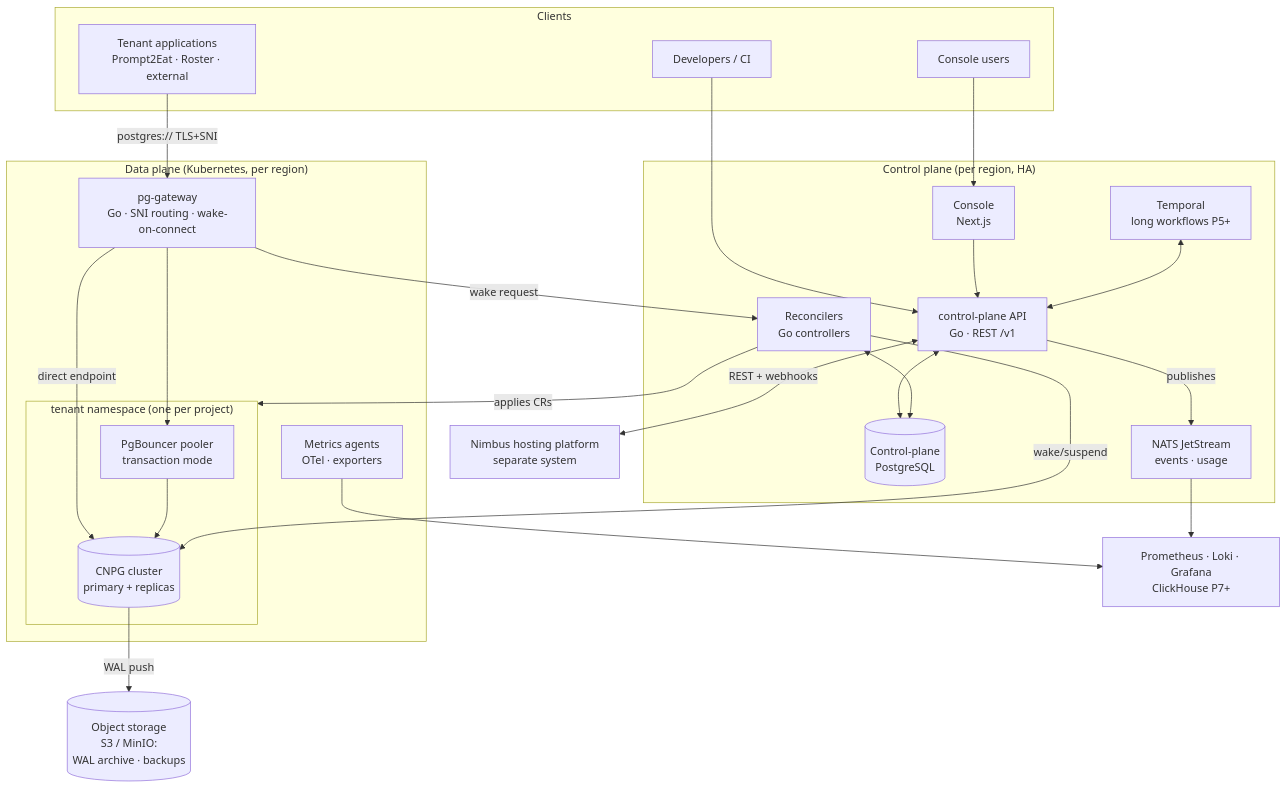
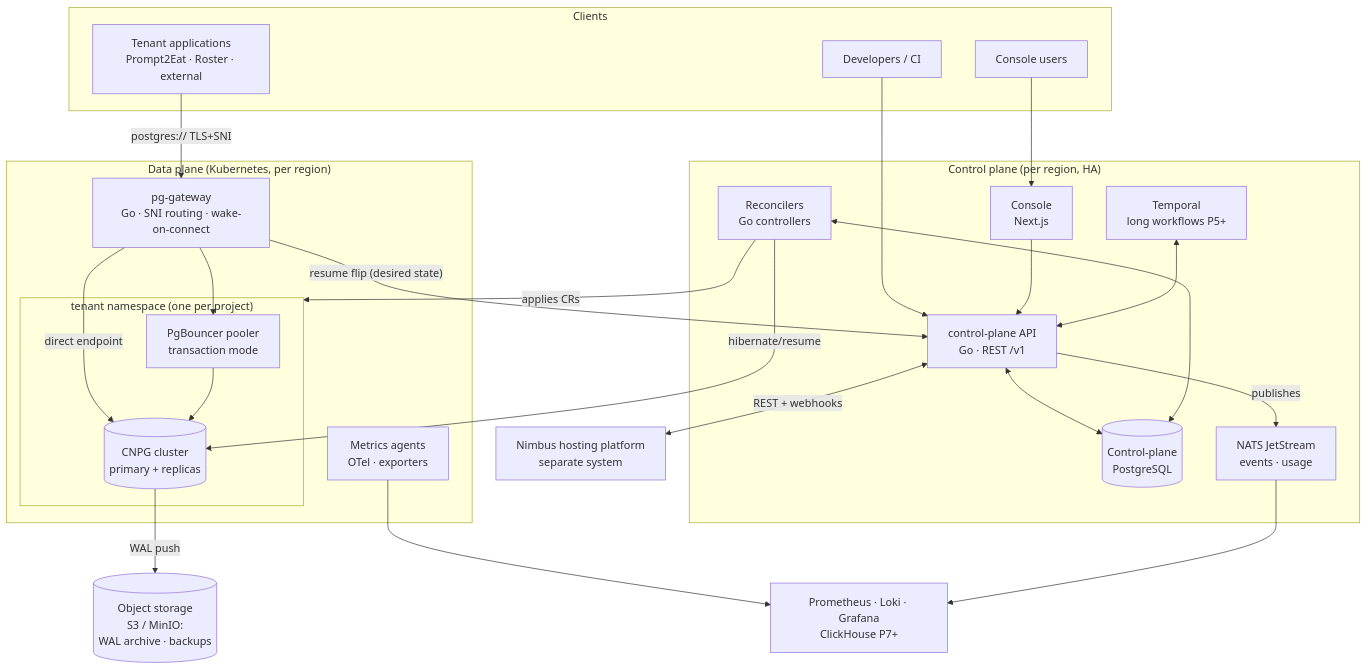
The diagram in docs/architecture/SYSTEM_ARCHITECTURE.md (zenulbashar/DB), drawn with Mermaid before and after one commit. The commit also changed other lines of this file and 24 other files, not shown here.

````diff
--- a/docs/architecture/SYSTEM_ARCHITECTURE.md
+++ b/docs/architecture/SYSTEM_ARCHITECTURE.md
@@ -26,48 +26,48 @@
 ```mermaid
 flowchart TB
     subgraph Clients
         APP[Tenant applications<br/>Prompt2Eat · Roster · external]
         DEV[Developers / CI]
         CONSOLE_USER[Console users]
     end
 
     subgraph ControlPlane["Control plane (per region, HA)"]
         API[control-plane API<br/>Go · REST /v1]
         REC[Reconcilers<br/>Go controllers]
         CPDB[(Control-plane<br/>PostgreSQL)]
         NATS[NATS JetStream<br/>events · usage]
         TEMP[Temporal<br/>long workflows P5+]
         CONSOLE[Console<br/>Next.js]
     end
 
     subgraph DataPlane["Data plane (Kubernetes, per region)"]
         GW[pg-gateway<br/>Go · SNI routing · wake-on-connect]
         subgraph TenantNS["tenant namespace (one per project)"]
             POOL[PgBouncer pooler<br/>transaction mode]
             PG[(CNPG cluster<br/>primary + replicas)]
         end
         OBS[Metrics agents<br/>OTel · exporters]
     end
 
     S3[(Object storage<br/>S3 / MinIO:<br/>WAL archive · backups)]
     MON[Prometheus · Loki · Grafana<br/>ClickHouse P7+]
     NIMBUS[Nimbus hosting platform<br/>separate system]
 
     APP -- "postgres:// TLS+SNI" --> GW
     GW --> POOL
     GW -- "direct endpoint" --> PG
     POOL --> PG
     PG -- WAL push --> S3
     DEV --> API
     CONSOLE_USER --> CONSOLE --> API
     API <--> CPDB
     API -- publishes --> NATS
     REC <--> CPDB
     REC -- applies CRs --> TenantNS
-    REC -- wake/suspend --> PG
-    GW -- "wake request" --> REC
+    REC -- hibernate/resume --> PG
+    GW -- "resume flip (desired state)" --> API
     OBS --> MON
     NATS --> MON
     TEMP <--> API
     API <-- "REST + webhooks" --> NIMBUS
 ```
````
